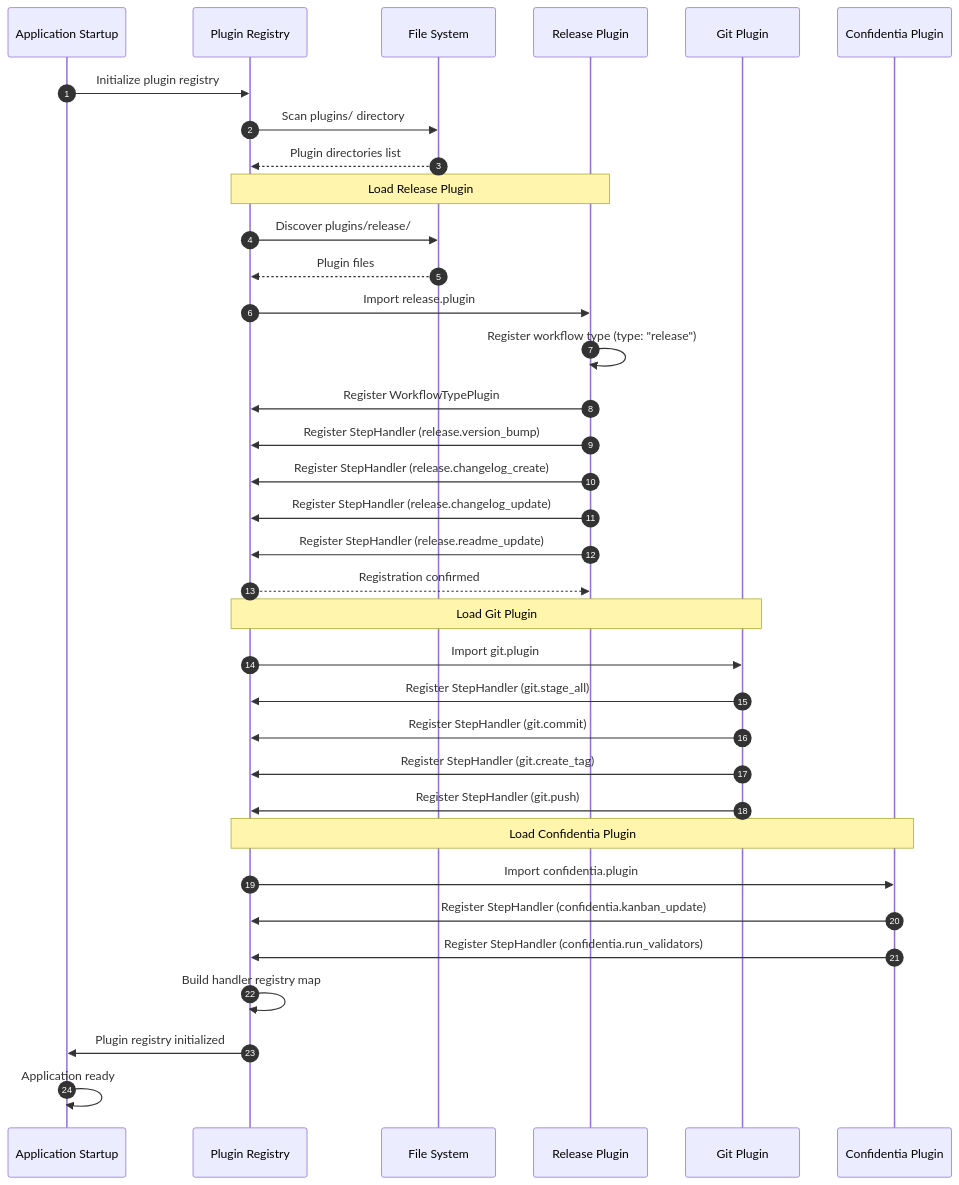
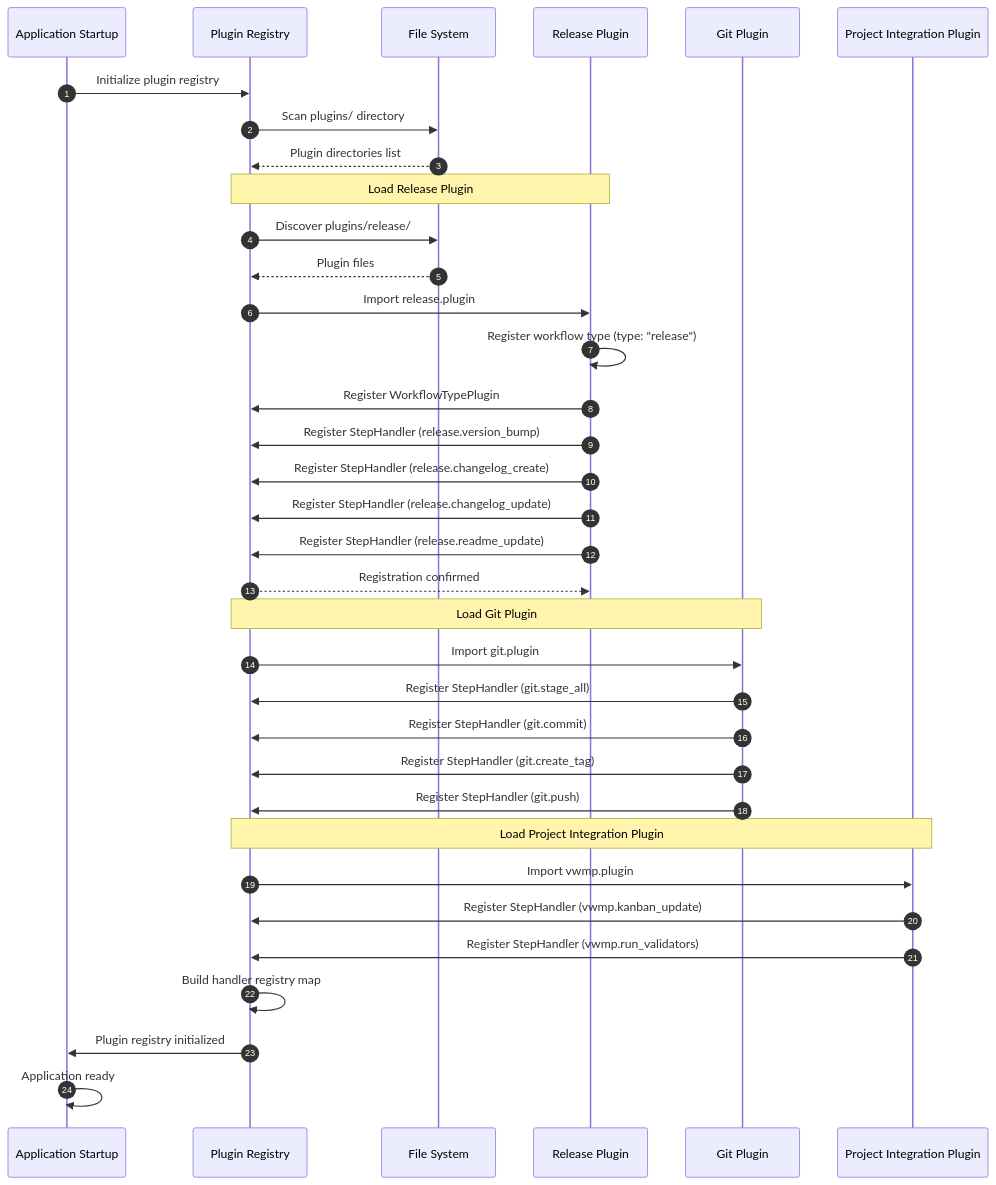
Before and after one commit to earlution/vwmp: the fifth of 6 diagrams in KB/Architecture/runtime/reference/epic01-vwmp-sequences.md, drawn with Mermaid. The commit also changed 33 other files, not shown here.

First line of the commit message:
docs: contextualize all documentation references to vwmp project

````diff
--- a/KB/Architecture/runtime/reference/epic01-vwmp-sequences.md
+++ b/KB/Architecture/runtime/reference/epic01-vwmp-sequences.md
@@ -278,42 +278,42 @@
 ```mermaid
 sequenceDiagram
     autonumber
     participant App as Application Startup
     participant Registry as Plugin Registry
     participant FS as File System
     participant Plugin1 as Release Plugin
     participant Plugin2 as Git Plugin
-    participant Plugin3 as Confidentia Plugin
+    participant Plugin3 as Project Integration Plugin
 
     App->>Registry: Initialize plugin registry
     Registry->>FS: Scan plugins/ directory
     FS-->>Registry: Plugin directories list
 
     Note over Registry,Plugin1: Load Release Plugin
     Registry->>FS: Discover plugins/release/
     FS-->>Registry: Plugin files
     Registry->>Plugin1: Import release.plugin
     Plugin1->>Plugin1: Register workflow type (type: "release")
     Plugin1->>Registry: Register WorkflowTypePlugin
     Plugin1->>Registry: Register StepHandler (release.version_bump)
     Plugin1->>Registry: Register StepHandler (release.changelog_create)
     Plugin1->>Registry: Register StepHandler (release.changelog_update)
     Plugin1->>Registry: Register StepHandler (release.readme_update)
     Registry-->>Plugin1: Registration confirmed
 
     Note over Registry,Plugin2: Load Git Plugin
     Registry->>Plugin2: Import git.plugin
     Plugin2->>Registry: Register StepHandler (git.stage_all)
     Plugin2->>Registry: Register StepHandler (git.commit)
     Plugin2->>Registry: Register StepHandler (git.create_tag)
     Plugin2->>Registry: Register StepHandler (git.push)
 
-    Note over Registry,Plugin3: Load Confidentia Plugin
-    Registry->>Plugin3: Import confidentia.plugin
-    Plugin3->>Registry: Register StepHandler (confidentia.kanban_update)
-    Plugin3->>Registry: Register StepHandler (confidentia.run_validators)
+    Note over Registry,Plugin3: Load Project Integration Plugin
+    Registry->>Plugin3: Import vwmp.plugin
+    Plugin3->>Registry: Register StepHandler (vwmp.kanban_update)
+    Plugin3->>Registry: Register StepHandler (vwmp.run_validators)
 
     Registry->>Registry: Build handler registry map
     Registry->>App: Plugin registry initialized
     App->>App: Application ready
 ```
````
